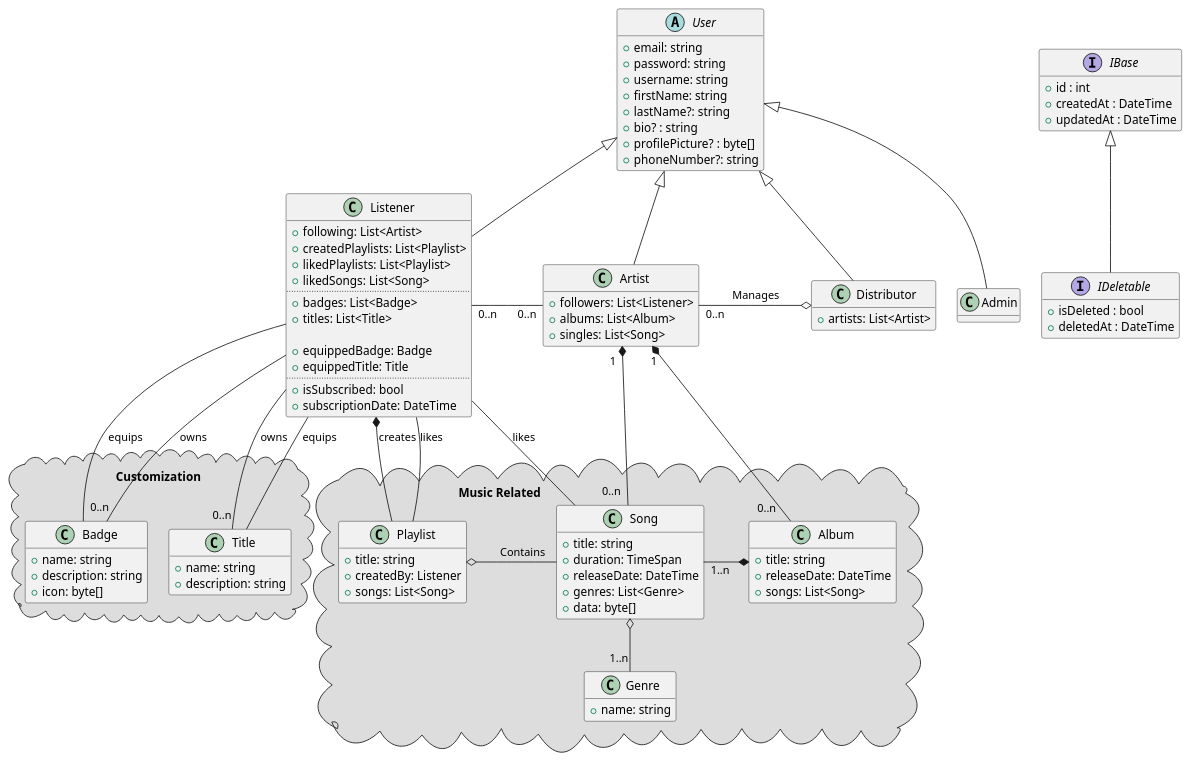
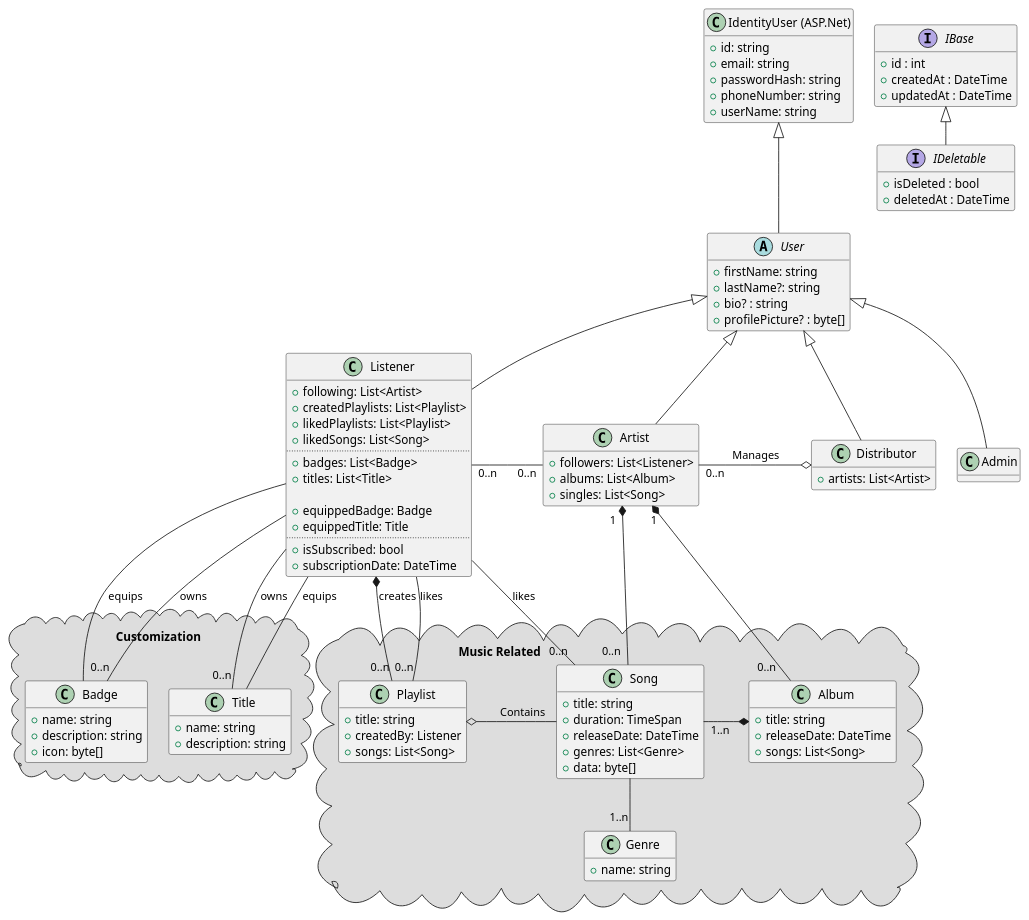
One commit to KipoDipo/AmdarisInternshipProject changed the diagram in 00. HiFive/HiFive/HiFive.Domain/class-diagram.puml. Above: the diagram before and after it, drawn with PlantUML.

Commit message:
updated class diagram

```diff
--- a/00. HiFive/HiFive/HiFive.Domain/class-diagram.puml
+++ b/00. HiFive/HiFive/HiFive.Domain/class-diagram.puml
@@ -1,156 +1,160 @@
 @startuml Class Diagram
 ' top to bottom direction
 ' left to right direction
 
 hide methods
 skinparam nodesep 25
 skinparam ranksep 25
 ' skinparam linetype ortho
 
+
+class "IdentityUser (ASP.Net)" as IdentityUser
+{
+    +id: string
+    +email: string
+    +passwordHash: string
+    +phoneNumber: string
+    +userName: string
+}
 
 interface IBase
 {
     +id : int
     +createdAt : DateTime
     +updatedAt : DateTime
 }
 
 interface IDeletable
 {
     +isDeleted : bool
     +deletedAt : DateTime
 }
 
 abstract User
 {
-    +email: string
-    +password: string
-    +username: string
     +firstName: string
     +lastName?: string
     +bio? : string
     +profilePicture? : byte[]
-    +phoneNumber?: string
 }
 
 class Admin
 {
 }
 
 class Listener
 {
     +following: List<Artist>
     +createdPlaylists: List<Playlist>
     +likedPlaylists: List<Playlist>
     +likedSongs: List<Song>
     ..
     +badges: List<Badge>
     +titles: List<Title>
 
     +equippedBadge: Badge
     +equippedTitle: Title
     ..
     +isSubscribed: bool
     +subscriptionDate: DateTime
 }
 
 class Distributor
 {
     +artists: List<Artist>
 }
 
 class Artist
 {
     +followers: List<Listener>
     +albums: List<Album>
     +singles: List<Song>
 }
 
 package "Music Related\t\t\t\t\t\t\t\t\t\t" <<cloud>> #DDDDDD 
 {
 
     class Album
     {
         +title: string
         +releaseDate: DateTime
         +songs: List<Song>
     }
 
     class Song
     {
         +title: string
         +duration: TimeSpan
         +releaseDate: DateTime
         +genres: List<Genre>
         +data: byte[]
     }
 
     class Playlist
     {
         +title: string
         +createdBy: Listener
         +songs: List<Song>
     }
 
     class Genre
     {
         +name: string
     }
 }
 
 package "Customization\n\n" <<cloud>> #DDDDDD 
 {
     class Badge
     {
         +name: string
         +description: string
         +icon: byte[]
     }
 
     class Title
     {
         +name: string
         +description: string
     }
 }
 
 IBase <|-- IDeletable
-' IDeletable <|--r Playlist
-' IDeletable <|--r User
-' IDeletable <|--r Album
-' IDeletable <|--r Song
+
+IdentityUser <|--- User
 
 User <|-- Admin
 User <|-- Listener
 User <|-- Artist
 User <|-- Distributor
+
 
 Artist "0..n" --l "0..n" Listener : "\t\t"
 Artist "1  " *-- "0..n  " Song
 Artist "1" *-- "0..n   " Album
 
 Distributor o--l "0..n" Artist : "\tManages\t"
 
 Album *-l "1..n" Song : "\t"
 
 Playlist o-r Song: "\tContains\t"
 ' Playlist -left[hidden]- Title
 ' Title -left[hidden]- Badge
 
-Listener *--d Playlist : "creates"
-Listener -- Playlist : "likes"
-Listener -- Song : "likes"
+Listener *--d "0..n" Playlist : "creates"
+Listener -- "0..n" Playlist : "likes"
+Listener -- "0..n" Song : "likes"
 
 Listener -- Badge : "equips"
 Listener -- "0..n" Badge : "owns"
 Listener -- Title : "equips\t\t"
 Listener -- "0..n" Title : "owns"
 
-Song o-- "1..n" Genre : "\n"
+Song -- "1..n" Genre : "\n"
 
 
 ' Song "0..n" -- "0..n" Playlist : "\t\t"
 ' Playlist "0..n" -- "0..n" Listener : "\t\t"
 
 
 @enduml
```
